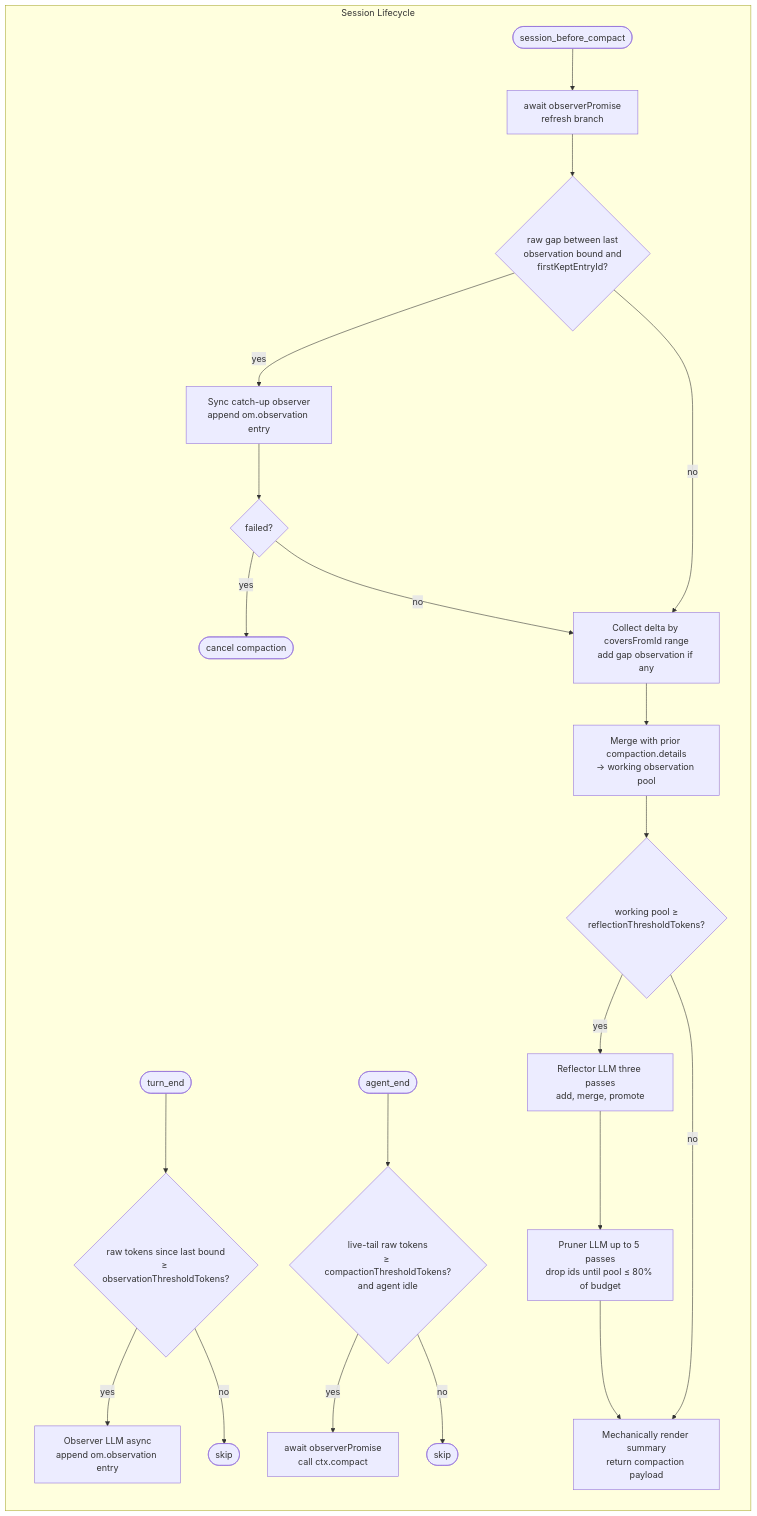
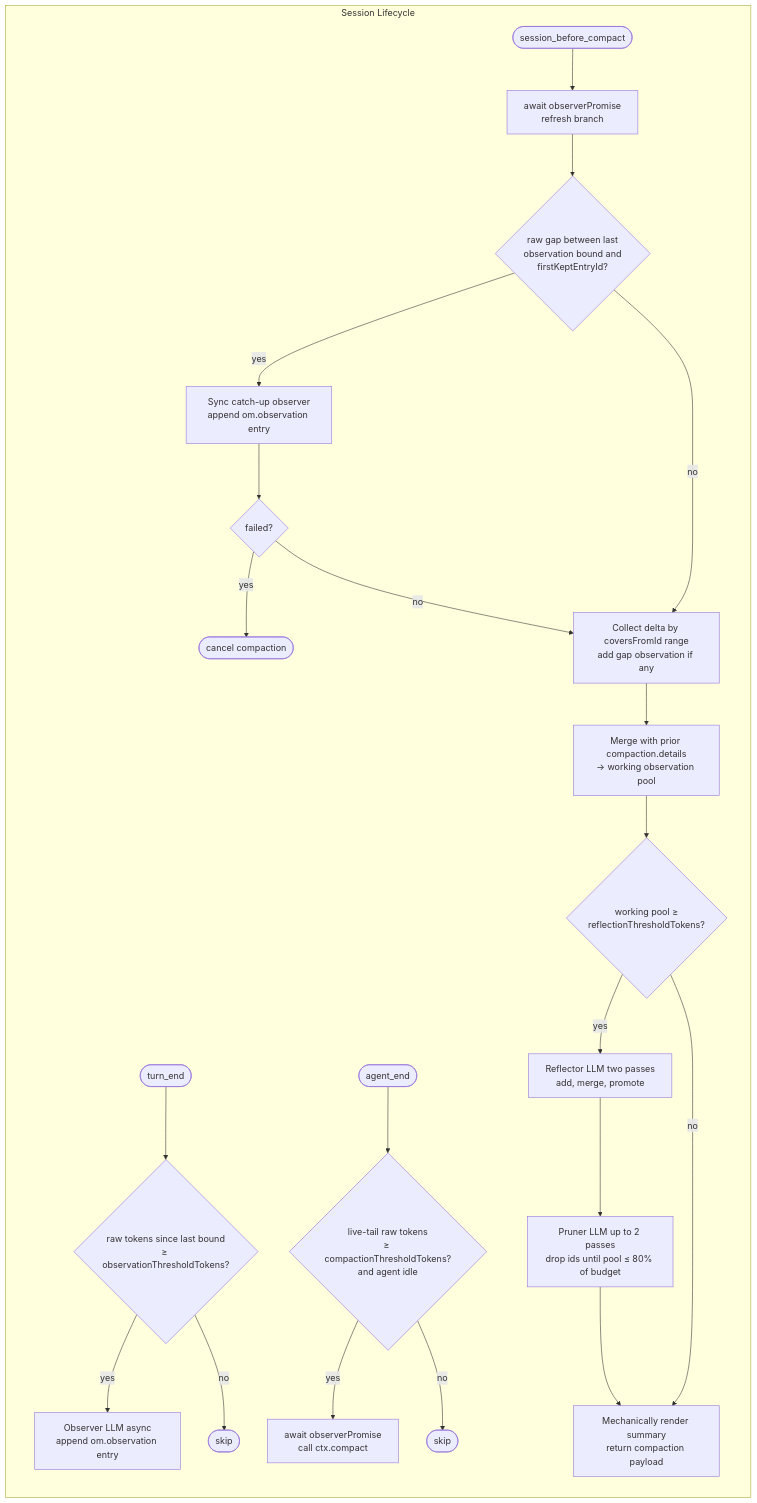
One commit to elpapi42/pi-observational-memory changed the diagram in docs/how-it-works.md. Above: the diagram before and after it, drawn with Mermaid. The commit also changed other lines of this file and 9 other files, not shown here.

Commit message:
Reduce number of passes for reflector and prunner

````diff
--- a/docs/how-it-works.md
+++ b/docs/how-it-works.md
@@ -30,45 +30,45 @@
 ```mermaid
 flowchart TD
     subgraph Lifecycle[Session Lifecycle]
         direction TB
         TE([turn_end])
         AE([agent_end])
         SBC([session_before_compact])
 
         ObsTrigger{raw tokens since last bound<br/>≥ observationThresholdTokens?}
         ObsRun[Observer LLM async<br/>append om.observation entry]
 
         CompTrigger{live-tail raw tokens<br/>≥ compactionThresholdTokens?<br/>and agent idle}
         CompCall[await observerPromise<br/>call ctx.compact]
 
         Await[await observerPromise<br/>refresh branch]
         Gap{raw gap between last<br/>observation bound and<br/>firstKeptEntryId?}
         GapRun[Sync catch-up observer<br/>append om.observation entry]
         GapFail{failed?}
         Cancel([cancel compaction])
 
         Delta[Collect delta by coversFromId range<br/>add gap observation if any]
         Merge[Merge with prior compaction.details<br/>→ working observation pool]
         Gate{working pool ≥<br/>reflectionThresholdTokens?}
-        Reflect[Reflector LLM three passes<br/>add, merge, promote]
-        Prune[Pruner LLM up to 5 passes<br/>drop ids until pool ≤ 80% of budget]
+        Reflect[Reflector LLM two passes<br/>add, merge, promote]
+        Prune[Pruner LLM up to 2 passes<br/>drop ids until pool ≤ 80% of budget]
         Render[Mechanically render summary<br/>return compaction payload]
 
         TE --> ObsTrigger
         ObsTrigger -- yes --> ObsRun
         ObsTrigger -- no --> TEend([skip])
 
         AE --> CompTrigger
         CompTrigger -- yes --> CompCall
         CompTrigger -- no --> AEend([skip])
 
         SBC --> Await --> Gap
         Gap -- yes --> GapRun --> GapFail
         GapFail -- yes --> Cancel
         GapFail -- no --> Delta
         Gap -- no --> Delta
         Delta --> Merge --> Gate
         Gate -- yes --> Reflect --> Prune --> Render
         Gate -- no --> Render
     end
 ```
````
